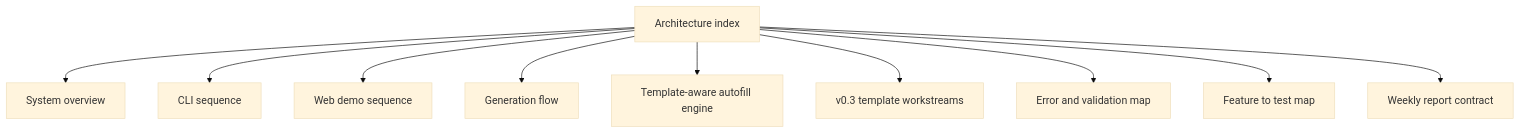
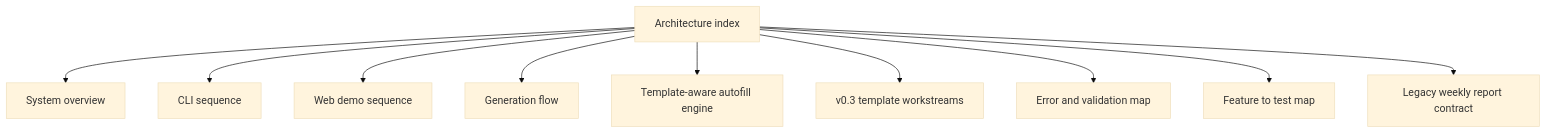
The diagram in docs/architecture/README.md (tubtrb/autoreport), drawn with Mermaid (base theme) before and after one commit. The commit also changed other lines of this file and 2 other files, not shown here.

````diff
--- a/docs/architecture/README.md
+++ b/docs/architecture/README.md
@@ -6,23 +6,23 @@
 ```mermaid
 flowchart TD
     README["Architecture index"]
     OVERVIEW["System overview"]
     CLISEQ["CLI sequence"]
     WEBSEQ["Web demo sequence"]
     FLOW["Generation flow"]
     AUTOFILL["Template-aware autofill engine"]
     WORKSTREAMS["v0.3 template workstreams"]
     ERRORS["Error and validation map"]
     TESTMAP["Feature to test map"]
-    CONTRACT["Weekly report contract"]
+    CONTRACT["Legacy weekly report contract"]
 
     README --> OVERVIEW
     README --> CLISEQ
     README --> WEBSEQ
     README --> FLOW
     README --> AUTOFILL
     README --> WORKSTREAMS
     README --> ERRORS
     README --> TESTMAP
     README --> CONTRACT
 ```
````
